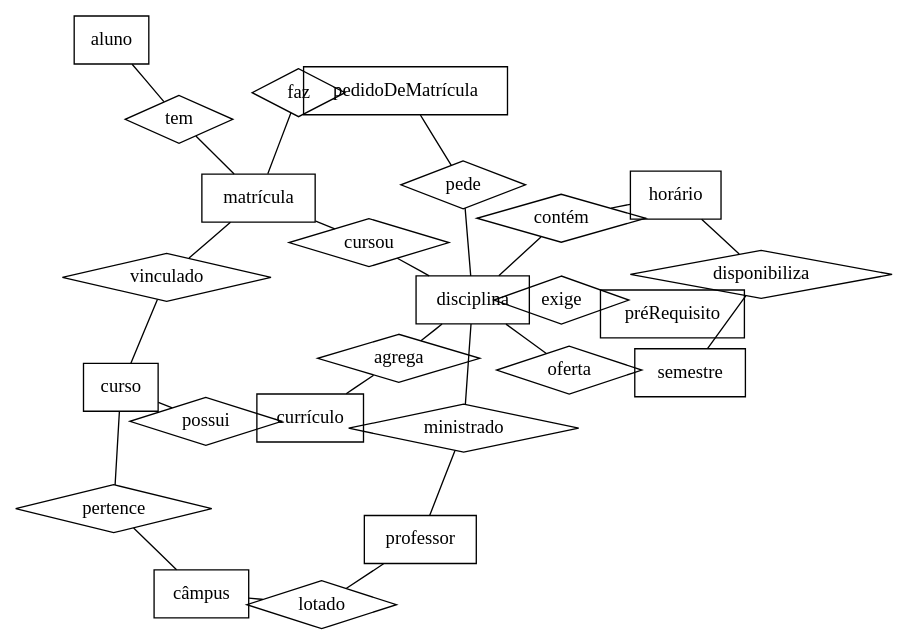
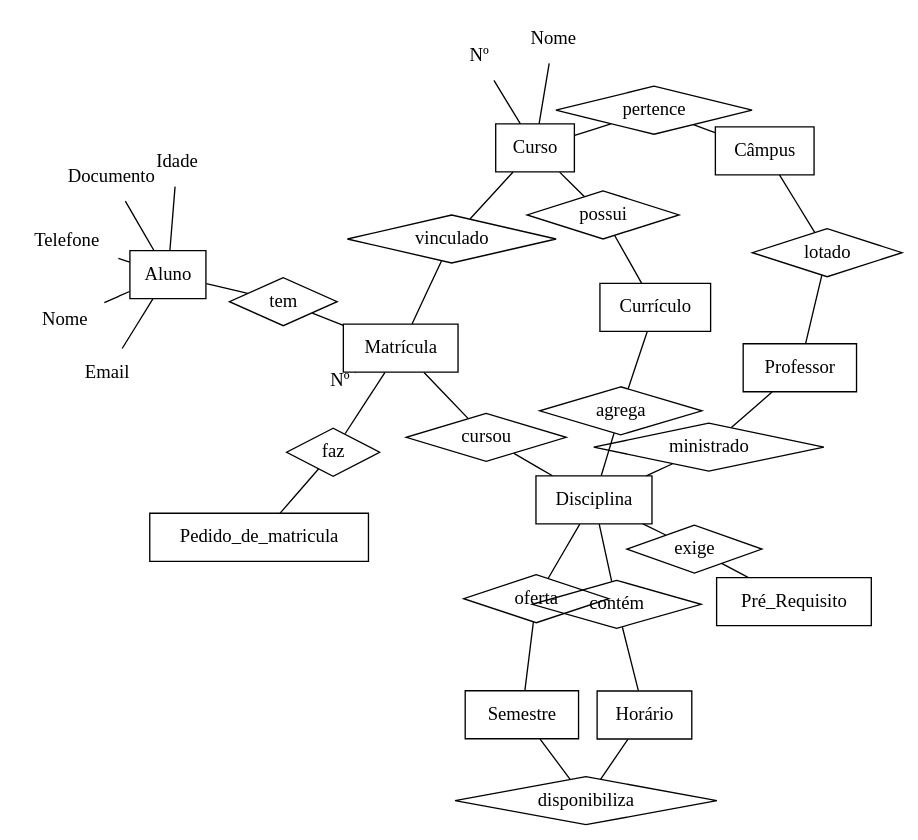
Before and after one commit to MariosAndre/IFSC-BCD-2016-2: the diagram in diagramaER.dot, drawn with Graphviz.

```diff
--- a/diagramaER.dot
+++ b/diagramaER.dot
@@ -1,48 +1,125 @@
 graph diagramaER {
-    layout = neato
+  layout = neato
+  layout = neato
+ 
+  // Entidades
+  Aluno [shape=record]
+  Curso  [shape=record]
+  Disciplina [shape=record]
+  Horário [shape=record]
+  Professor [shape=record]
+  Matrícula [shape=record]
+  Câmpus [shape=record]
+  Currículo [shape=record]
+  Semestre [shape=record]
+  Pedido_de_matricula [shape=record]
+  Pré_Requisito [shape=record]
+ 
+  // Atributos
+  NomeAluno [shape=plaintext,label="Nome"]
+  IdadeAluno [shape=plaintext,label="Idade"]
+  DocumentoAluno [shape=plaintext,label="Documento"]
+  TelefoneAluno [shape=plaintext,label="Telefone"]
+  EmailAluno [shape=plaintext,label="Email"]
 
-    // Sujeitos
-    aluno [shape=record]
-    matrícula [shape=record]
-    disciplina [shape=record]
-    pedidoDeMatrícula [shape=record]
-    curso [shape=record]
-    câmpus [shape=record]
-    currículo [shape=record]
-    professor [shape=record]
-    semestre [shape=record]
-    horário [shape=record]
-    préRequisito [shape=record]
+  NumeroMatrícula [shape=plaintext,label="Nº"]
+
+  NomeCurso [shape=plaintext,label="Nome"]
+  NumeroCurso [shape=plaintext,label="Nº"]
+
+  
+  /*Aula [shape=plaintext]
+  CH [shape=plaintext]
+  CHmínima [shape=plaintext]
+  CódigoCurso [shape=plaintext,label="Código"]
+  CódigoDisciplina [shape=plaintext,label="Código"]
+  CPF [shape=plaintext]
+  Dia [shape=plaintext]
+  Fase [shape=plaintext]
+  Matrícula [shape=plaintext]
+  NomeAluno [shape=plaintext,label="Nome"]
+  NomeCurso [shape=plaintext,label="Nome"]
+  NomeProfessor [shape=plaintext,label="Nome"]
+  SemanaAB [shape=plaintext,label="Semana AB"]
+  Semestre [shape=plaintext]
+  SIAPE [shape=plaintext]
+  Turno [shape=plaintext]*/
 
     // Verbos
     tem [shape=diamond]
     cursou [shape=diamond]
-    pede [shape=diamond]
     faz [shape=diamond]
     vinculado [shape=diamond]
     pertence [shape=diamond]
     possui [shape=diamond]
     lotado [shape=diamond]
     agrega [shape=diamond]
     ministrado [shape=diamond]
     oferta [shape=diamond]
     contém [shape=diamond]
     exige [shape=diamond]
     disponibiliza [shape=diamond]
+ 
+  //Relacionamentos
+  /*Calendário [shape=diamond]
+  Estuda [shape=diamond]
+  Grade [shape=diamond]
+  Leciona [shape=diamond]
+  PréRequisito [shape=diamond]
+  ProcessoDeMatrícula [shape=diamond]*/
 
+  //Ligações
+  Aluno -- NomeAluno
+  Aluno -- IdadeAluno
+  Aluno -- DocumentoAluno
+  Aluno -- TelefoneAluno
+  Aluno -- EmailAluno
+
+  Matrícula -- NumeroMatrícula
+
+  Curso -- NomeCurso
+  Curso -- NumeroCurso
+  /*Aluno -- CPF
+  Aluno -- Estuda [label="0..N"]
+  
+  Aluno -- ProcessoDeMatrícula [label="0..N"]
+  Curso -- CódigoCurso
+  Curso -- Estuda [label="0..N"]
+  Curso -- Grade [label="1"]
+  Curso -- NomeCurso
+  Disciplina -- Calendário [label="1"]
+  Disciplina -- CH
+  Disciplina -- CHmínima
+  Disciplina -- CódigoDisciplina
+  Disciplina -- Fase
+  Disciplina -- Grade [label="0..N"]
+  Disciplina -- Leciona [label="0..N"]
+  Disciplina -- PréRequisito [label="0..N"]
+  Disciplina -- PréRequisito [label="1"]
+  Disciplina -- ProcessoDeMatrícula [label="0..N"]
+  Estuda -- Matrícula
+  Horário -- Aula
+  Horário -- Calendário [label="0..N"]
+  Horário -- Dia
+  Horário -- SemanaAB
+  Horário -- Semestre
+  Horário -- Turno
+  Professor -- Leciona [label="0..1"]
+  Professor -- NomeProfessor
+  Professor -- SIAPE*/
+    
     // Ligações
-    aluno -- tem -- matrícula
-    matrícula -- cursou -- disciplina
-    matrícula -- faz -- pedidoDeMatrícula
-    matrícula -- vinculado -- curso
-    pedidoDeMatrícula -- pede -- disciplina
-    curso -- pertence -- câmpus
-    curso -- possui -- currículo
-    professor -- lotado -- câmpus
-    disciplina -- ministrado -- professor
-    currículo -- agrega -- disciplina
-    semestre -- oferta -- disciplina
-    disciplina -- contém -- horário
-    semestre -- disponibiliza -- horário
-    disciplina -- exige -- préRequisito
+    Aluno -- tem -- Matrícula
+    Matrícula -- cursou -- Disciplina
+    Matrícula -- faz -- Pedido_de_matricula
+    Matrícula -- vinculado -- Curso
+    Curso -- pertence -- Câmpus
+    Curso -- possui -- Currículo
+    Professor -- lotado -- Câmpus
+    Disciplina -- ministrado -- Professor
+    Currículo -- agrega -- Disciplina
+    Semestre -- oferta -- Disciplina
+    Semestre -- disponibiliza -- Horário
+    Disciplina -- contém -- Horário
+    Disciplina -- exige -- Pré_Requisito
 }
```
